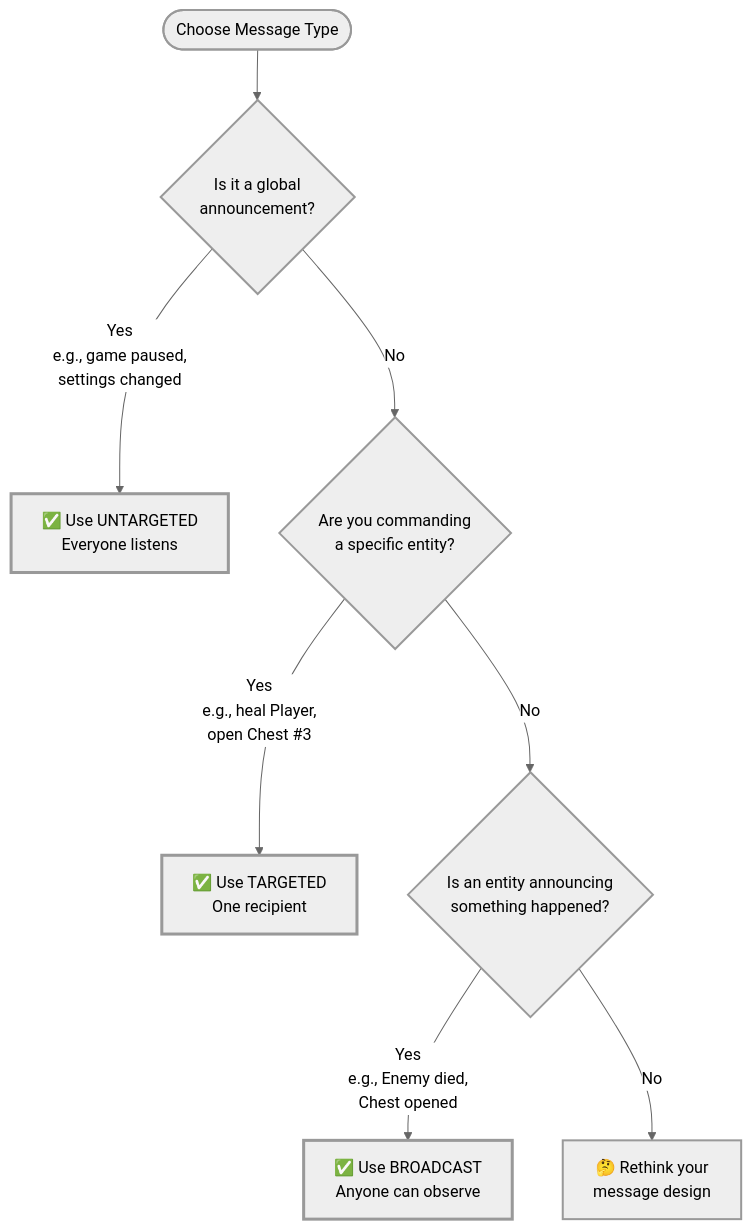
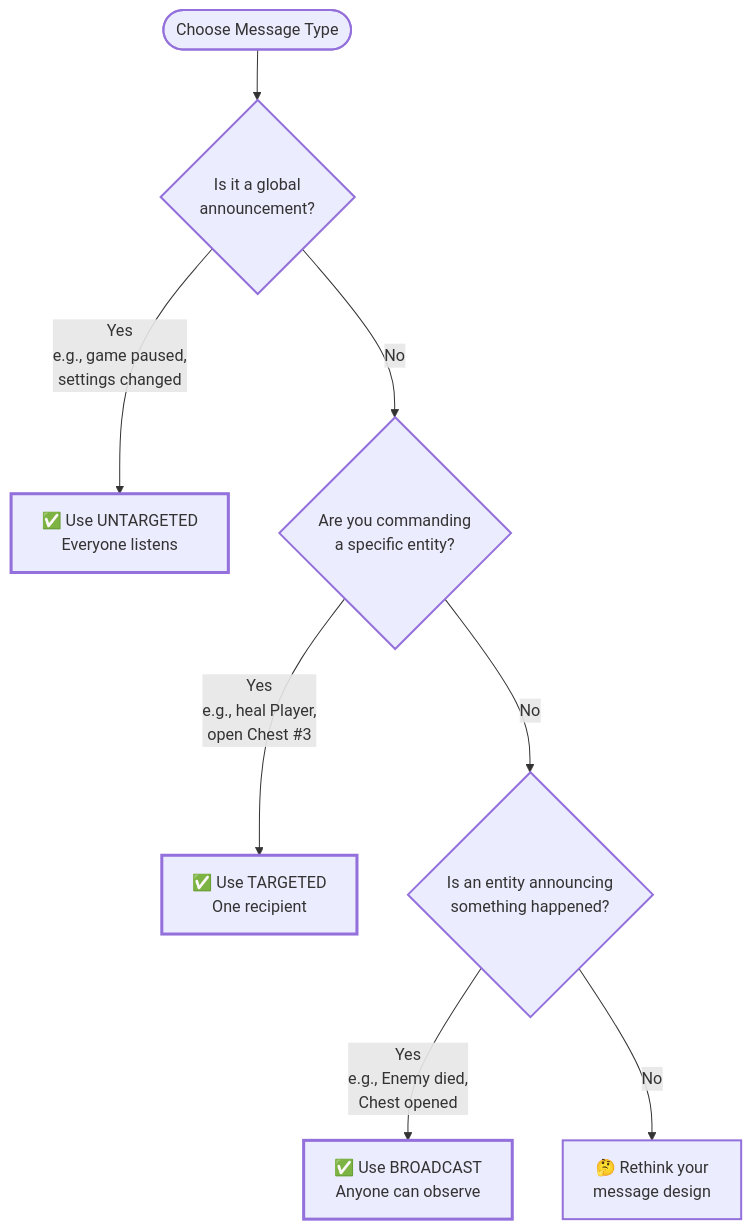
The diagram in docs/concepts/message-types.md (wallstop/DxMessaging), drawn with Mermaid before and after one commit. The commit also changed 54 other files, not shown here.

````diff
--- a/docs/concepts/message-types.md
+++ b/docs/concepts/message-types.md
@@ -17,30 +17,29 @@
 ```mermaid
-%%{init: {'theme': 'neutral'}}%%
 flowchart TD
     Start([Choose Message Type])
 
     Start --> Q1{Is it a global<br/>announcement?}
 
     Q1 -->|Yes<br/>e.g., game paused,<br/>settings changed| Untargeted[✅ Use UNTARGETED<br/>Everyone listens]
 
     Q1 -->|No| Q2{Are you commanding<br/>a specific entity?}
 
     Q2 -->|Yes<br/>e.g., heal Player,<br/>open Chest #3| Targeted[✅ Use TARGETED<br/>One recipient]
 
     Q2 -->|No| Q3{Is an entity announcing<br/>something happened?}
 
     Q3 -->|Yes<br/>e.g., Enemy died,<br/>Chest opened| Broadcast[✅ Use BROADCAST<br/>Anyone can observe]
 
     Q3 -->|No| Rethink[🤔 Rethink your<br/>message design]
 
     classDef primary stroke-width:3px
     class Untargeted primary
     classDef warning stroke-width:3px
     class Targeted warning
     classDef success stroke-width:3px
     class Broadcast success
     classDef danger stroke-width:2px
     class Rethink danger
     classDef neutral stroke-width:2px
     class Start,Q1,Q2,Q3 neutral
 ```
````
